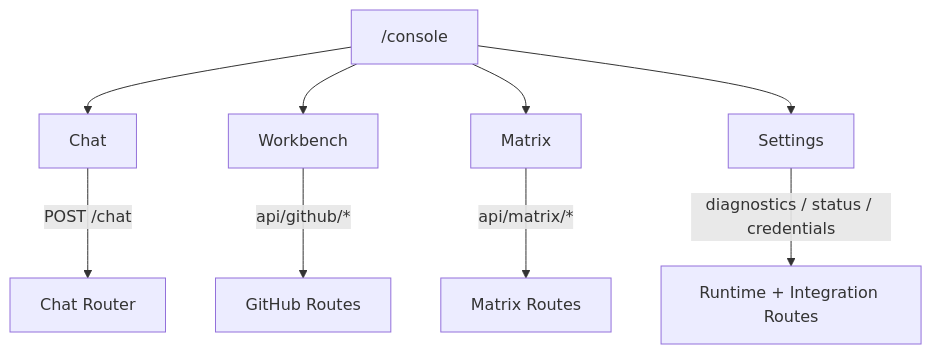
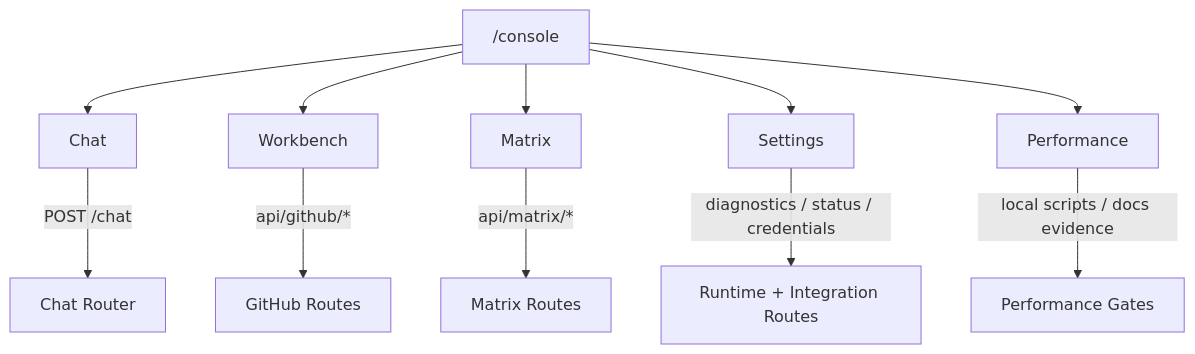
Before and after one commit to baum777/mosaicStacked: the second of 4 diagrams in README.md, drawn with Mermaid. The commit also changed other lines of this file and 17 other files, not shown here.

Commit message:
feat: add performance console workflow

````diff
--- a/README.md
+++ b/README.md
@@ -46,12 +47,14 @@
 ```mermaid
 flowchart TB
   Console["/console"] --> Chat["Chat"]
   Console --> Workbench["Workbench"]
   Console --> MatrixWs["Matrix"]
   Console --> Settings["Settings"]
+  Console --> Perf["Performance"]
 
   Chat -->|"POST /chat"| ChatBackend["Chat Router"]
   Workbench -->|"api/github/*"| GitHubBackend["GitHub Routes"]
   MatrixWs -->|"api/matrix/*"| MatrixBackend["Matrix Routes"]
   Settings -->|"diagnostics / status / credentials"| SettingsBackend["Runtime + Integration Routes"]
+  Perf -->|"local scripts / docs evidence"| PerfEvidence["Performance Gates"]
 ```
````
